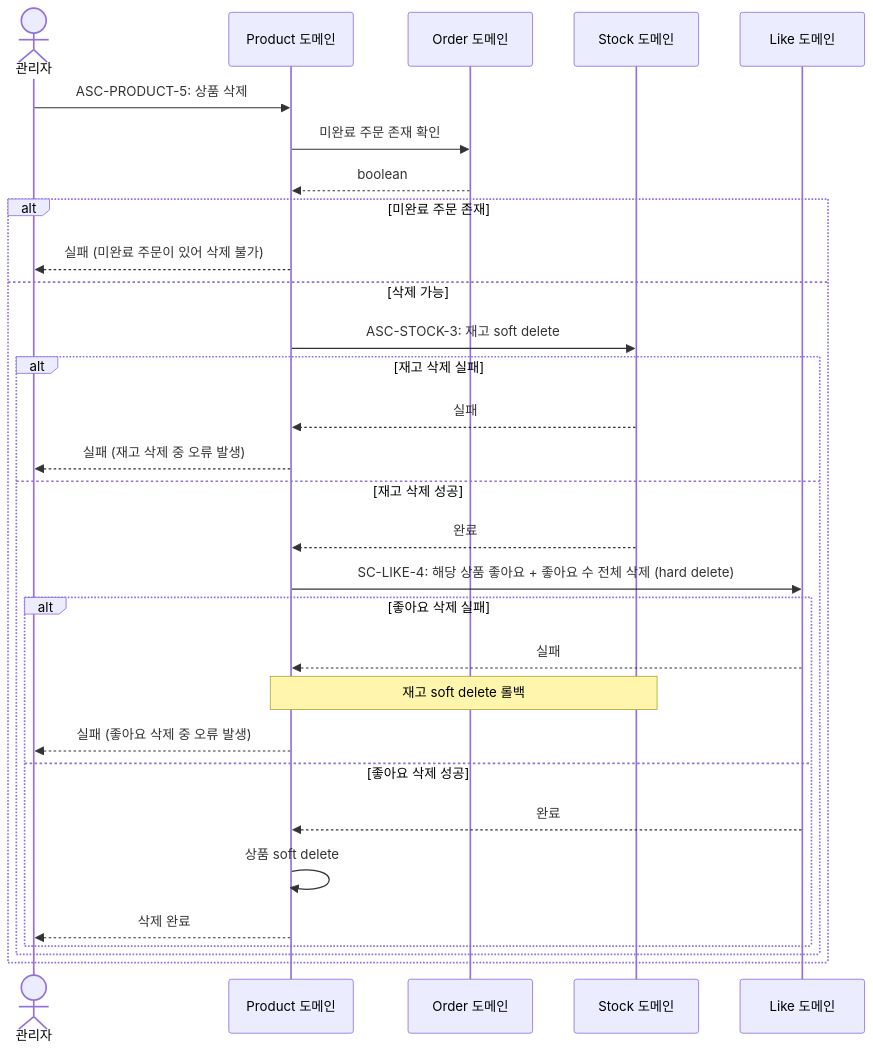
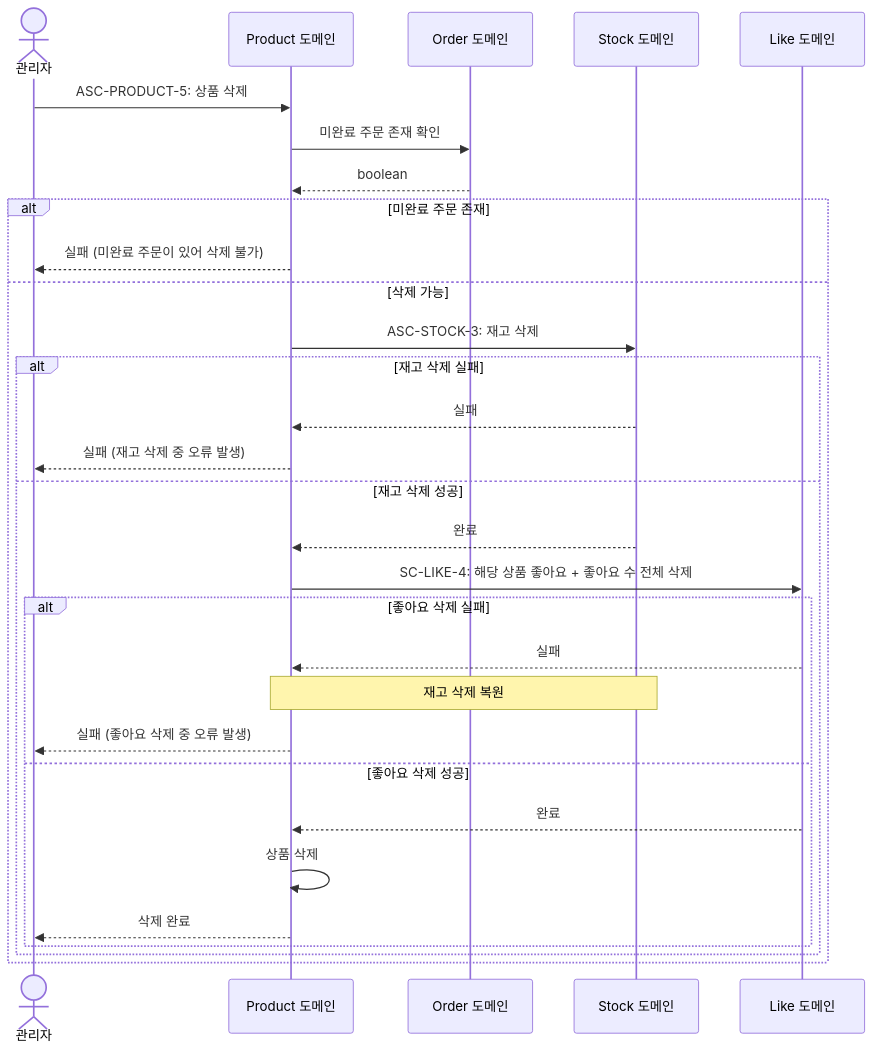
The fourth of 38 diagrams in docs/02-sequence-diagrams.md (loopers-labs/loop-pack-be-l2-vol4-kotlin), drawn with Mermaid before and after one commit. The commit also changed other lines of this file and 2 other files, not shown here.

````diff
--- a/docs/02-sequence-diagrams.md
+++ b/docs/02-sequence-diagrams.md
@@ -80,34 +82,34 @@
 ```mermaid
 sequenceDiagram
     actor Admin as 관리자
     participant Product as Product 도메인
     participant Order as Order 도메인
     participant Stock as Stock 도메인
     participant Like as Like 도메인
 
     Admin->>Product: ASC-PRODUCT-5: 상품 삭제
     Product->>Order: 미완료 주문 존재 확인
     Order-->>Product: boolean
 
     alt 미완료 주문 존재
         Product-->>Admin: 실패 (미완료 주문이 있어 삭제 불가)
     else 삭제 가능
-        Product->>Stock: ASC-STOCK-3: 재고 soft delete
+        Product->>Stock: ASC-STOCK-3: 재고 삭제
         alt 재고 삭제 실패
             Stock-->>Product: 실패
             Product-->>Admin: 실패 (재고 삭제 중 오류 발생)
         else 재고 삭제 성공
             Stock-->>Product: 완료
-            Product->>Like: SC-LIKE-4: 해당 상품 좋아요 + 좋아요 수 전체 삭제 (hard delete)
+            Product->>Like: SC-LIKE-4: 해당 상품 좋아요 + 좋아요 수 전체 삭제
             alt 좋아요 삭제 실패
                 Like-->>Product: 실패
-                Note over Product,Stock: 재고 soft delete 롤백
+                Note over Product,Stock: 재고 삭제 복원
                 Product-->>Admin: 실패 (좋아요 삭제 중 오류 발생)
             else 좋아요 삭제 성공
                 Like-->>Product: 완료
-                Product->>Product: 상품 soft delete
+                Product->>Product: 상품 삭제
                 Product-->>Admin: 삭제 완료
             end
         end
     end
 ```
````
